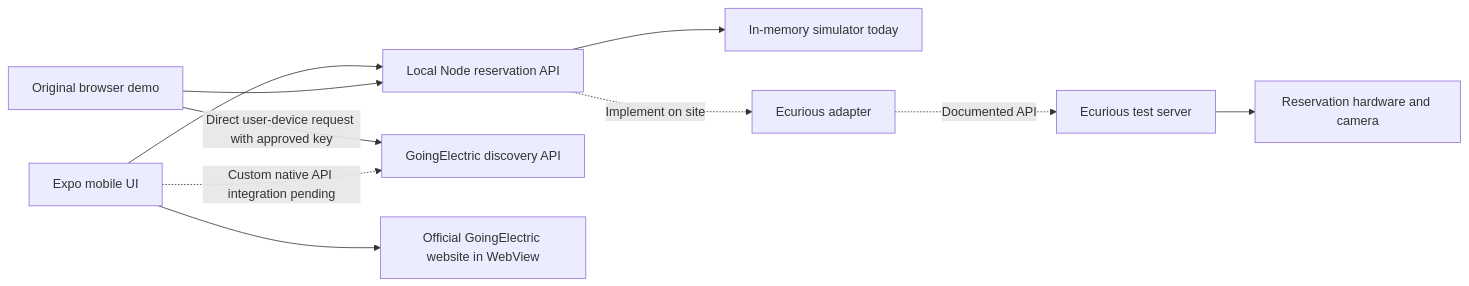
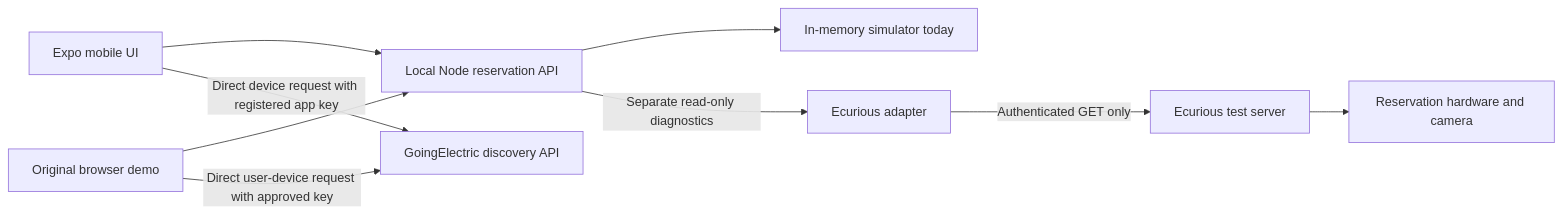
Before and after one commit to BorisPetreski/Ecurious-Challenge: the diagram in docs/INTEGRATION.md, drawn with Mermaid. The commit also changed other lines of this file and 35 other files, not shown here.

````diff
--- a/docs/INTEGRATION.md
+++ b/docs/INTEGRATION.md
@@ -7,12 +7,11 @@
 ```mermaid
 flowchart LR
   Driver[Expo mobile UI] --> Local[Local Node reservation API]
   Browser[Original browser demo] --> Local
   Local --> Sim[In-memory simulator today]
-  Local -. Implement on site .-> Adapter[Ecurious adapter]
-  Adapter -. Documented API .-> Server[Ecurious test server]
+  Local -->|Separate read-only diagnostics| Adapter[Ecurious adapter]
+  Adapter -->|Authenticated GET only| Server[Ecurious test server]
   Server --> Bay[Reservation hardware and camera]
   Browser -->|Direct user-device request with approved key| GE[GoingElectric discovery API]
-  Driver --> WebMap[Official GoingElectric website in WebView]
-  Driver -. Custom native API integration pending .-> GE
+  Driver -->|Direct device request with registered app key| GE
 ```
````
